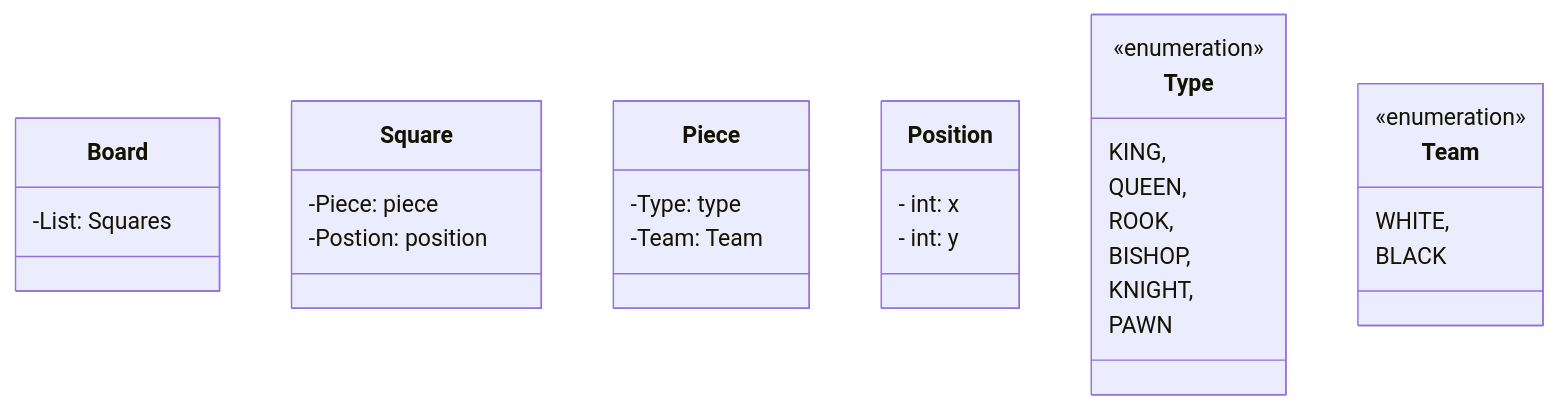
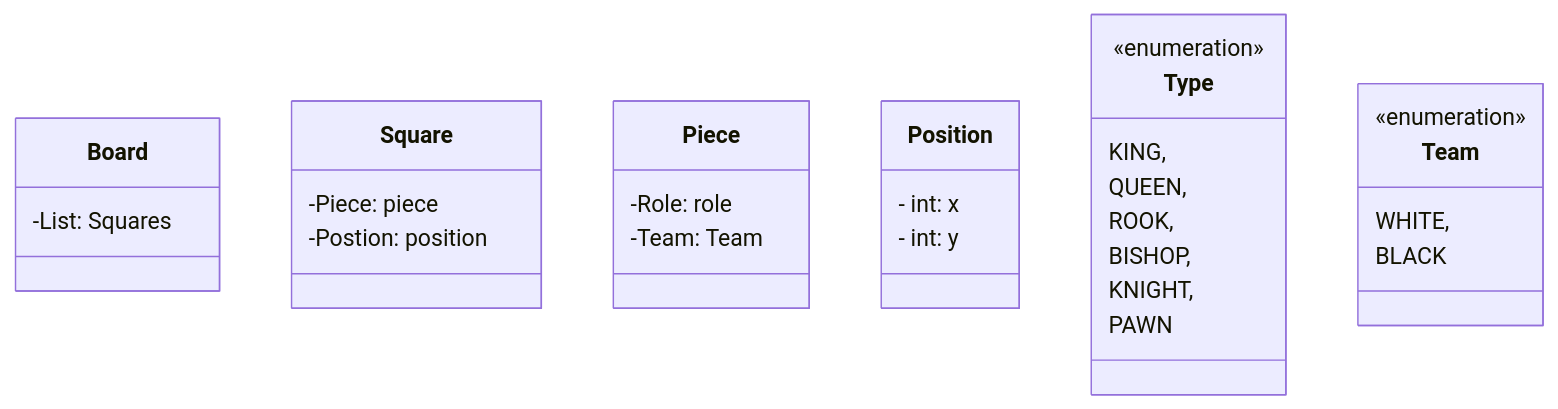
Before and after one commit to woowacourse/java-chess: the diagram in README.md, drawn with Mermaid. The commit also changed other lines of this file, not shown here.

````diff
--- a/README.md
+++ b/README.md
@@ -9,39 +9,39 @@
 ```mermaid
 classDiagram
     
     class Board {
         -List<Square>: Squares
     }
     
     class Square {
         -Piece: piece
         -Postion: position
     }
     
     class Piece {
-        -Type: type
+        -Role: role
         -Team: Team
     }
     
     class Position {
         - int: x
         - int: y
     }
     
     class Type {
         <<enumeration>>
         KING,
         QUEEN,
         ROOK,
         BISHOP,
         KNIGHT,
         PAWN
     }
     
     class Team {
         <<enumeration>>
         WHITE,
         BLACK
     }
     
 ```
````
